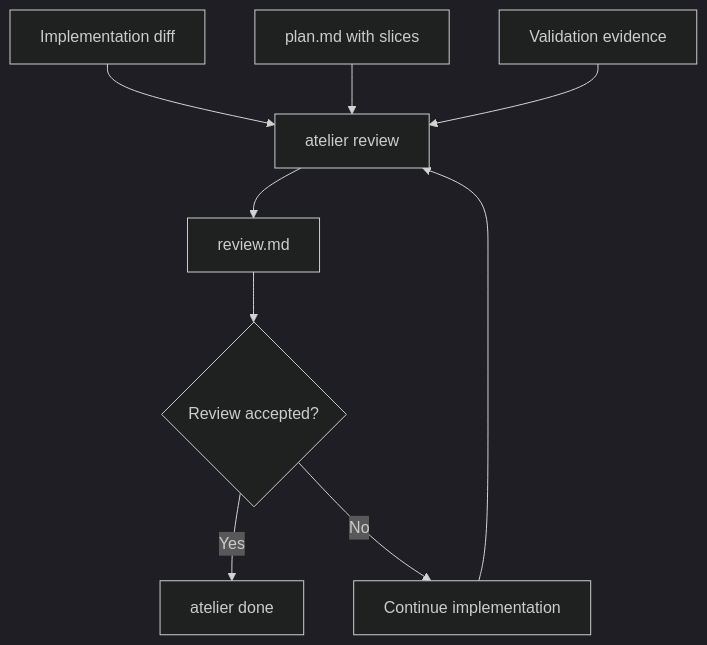
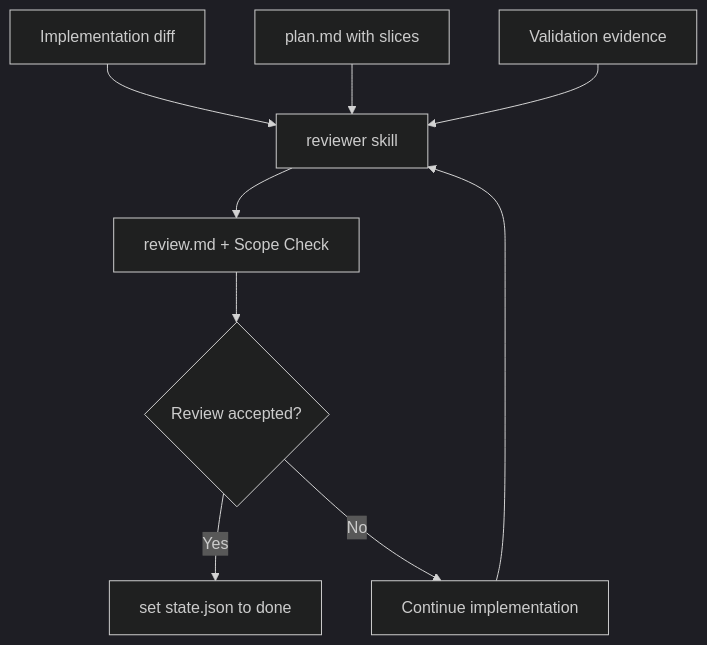
One commit to atelier-kit/atelier-kit changed diagram 14 of 17 in atelier-kit-manifesto.md. Above: the diagram before and after it, drawn with Mermaid (dark theme). The commit also changed other lines of this file and 31 other files, not shown here.

````diff
--- a/atelier-kit-manifesto.md
+++ b/atelier-kit-manifesto.md
@@ -437,12 +439,12 @@
 ```mermaid
 flowchart TB
-    Diff[Implementation diff] --> Review[atelier review]
+    Diff[Implementation diff] --> Review[reviewer skill]
     Plan[plan.md with slices] --> Review
     Evidence[Validation evidence] --> Review
 
-    Review --> RMD[review.md]
+    Review --> RMD[review.md + Scope Check]
     RMD --> Decision{Review accepted?}
-    Decision -->|Yes| Done[atelier done]
+    Decision -->|Yes| Done[set state.json to done]
     Decision -->|No| Continue[Continue implementation]
     Continue --> Review
 ```
````
